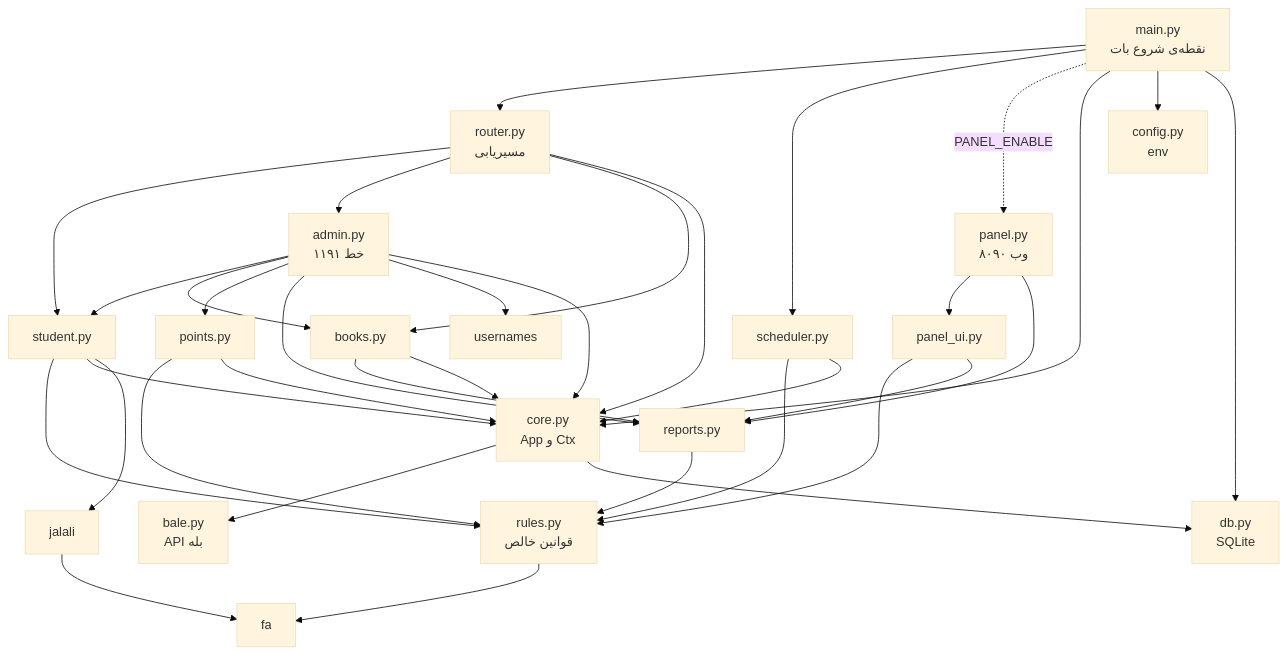
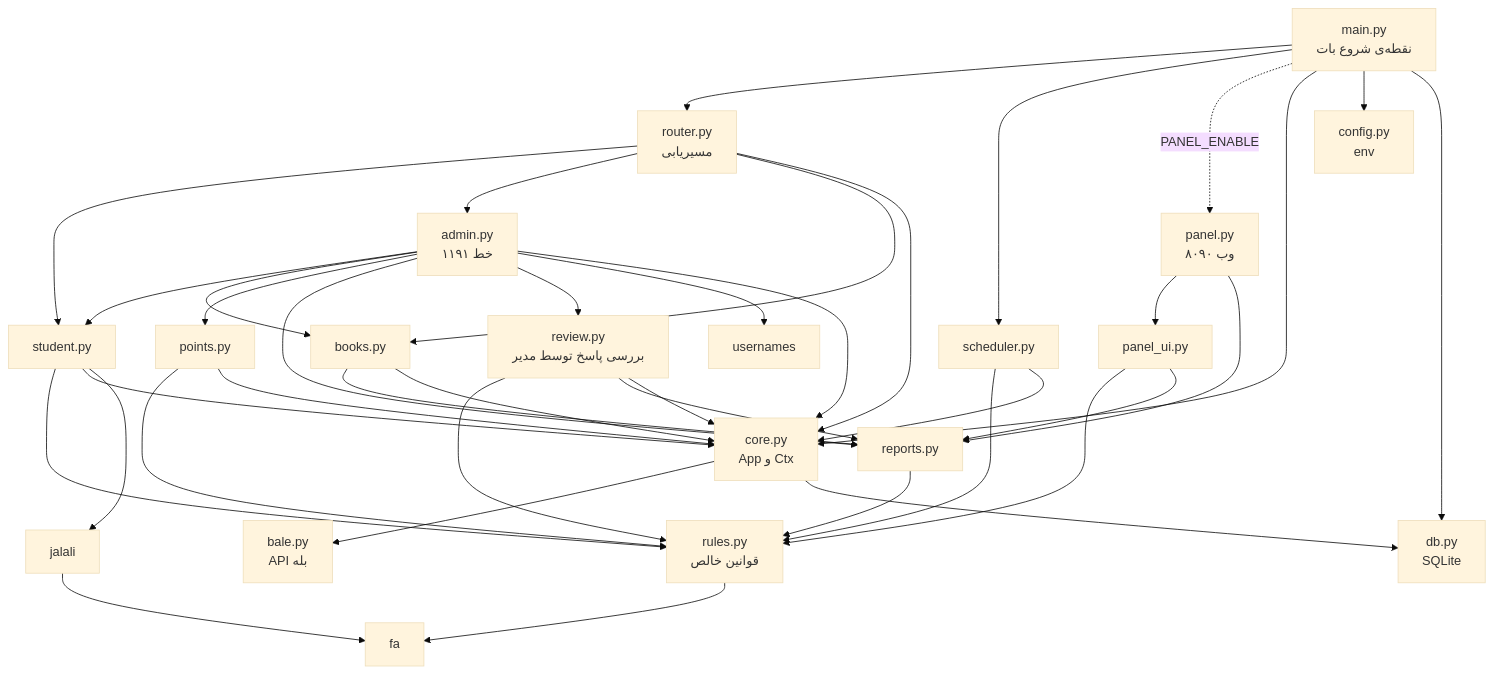
Before and after one commit to amirazizi012/rosh_bot: the first of 2 diagrams in docs/MAP.md, drawn with Mermaid (base theme). The commit also changed other lines of this file and 19 other files, not shown here.

````diff
--- a/docs/MAP.md
+++ b/docs/MAP.md
@@ -11,41 +11,45 @@
 ```mermaid
 flowchart TD
   main[main.py<br/>نقطه‌ی شروع بات] --> router
   main --> scheduler
   main -.PANEL_ENABLE.-> panel
   router[router.py<br/>مسیریابی] --> student
   router --> admin
   router --> books
   admin[admin.py<br/>۱۱۹۱ خط] --> student
   admin --> books
   admin --> points
   admin --> reports
+  admin --> review
+  review[review.py<br/>بررسی پاسخ توسط مدیر] --> rules
+  review --> reports
+  review --> core
   admin --> usernames
   student[student.py] --> rules
   books[books.py] --> reports
   points[points.py] --> rules
   scheduler[scheduler.py] --> rules
   reports[reports.py] --> rules
   panel[panel.py<br/>وب ۸۰۹۰] --> panel_ui
   panel --> reports
   panel_ui[panel_ui.py] --> rules
   panel_ui --> reports
   rules[rules.py<br/>قوانین خالص]
   student --> core
   admin --> core
   books --> core
   points --> core
   scheduler --> core
   router --> core
   main --> core
   core[core.py<br/>App و Ctx] --> bale
   core --> db
   main --> config
   main --> db
   rules --> fa
   student --> jalali
   jalali --> fa
   bale[bale.py<br/>API بله]
   db[db.py<br/>SQLite]
   config[config.py<br/>env]
 ```
````
